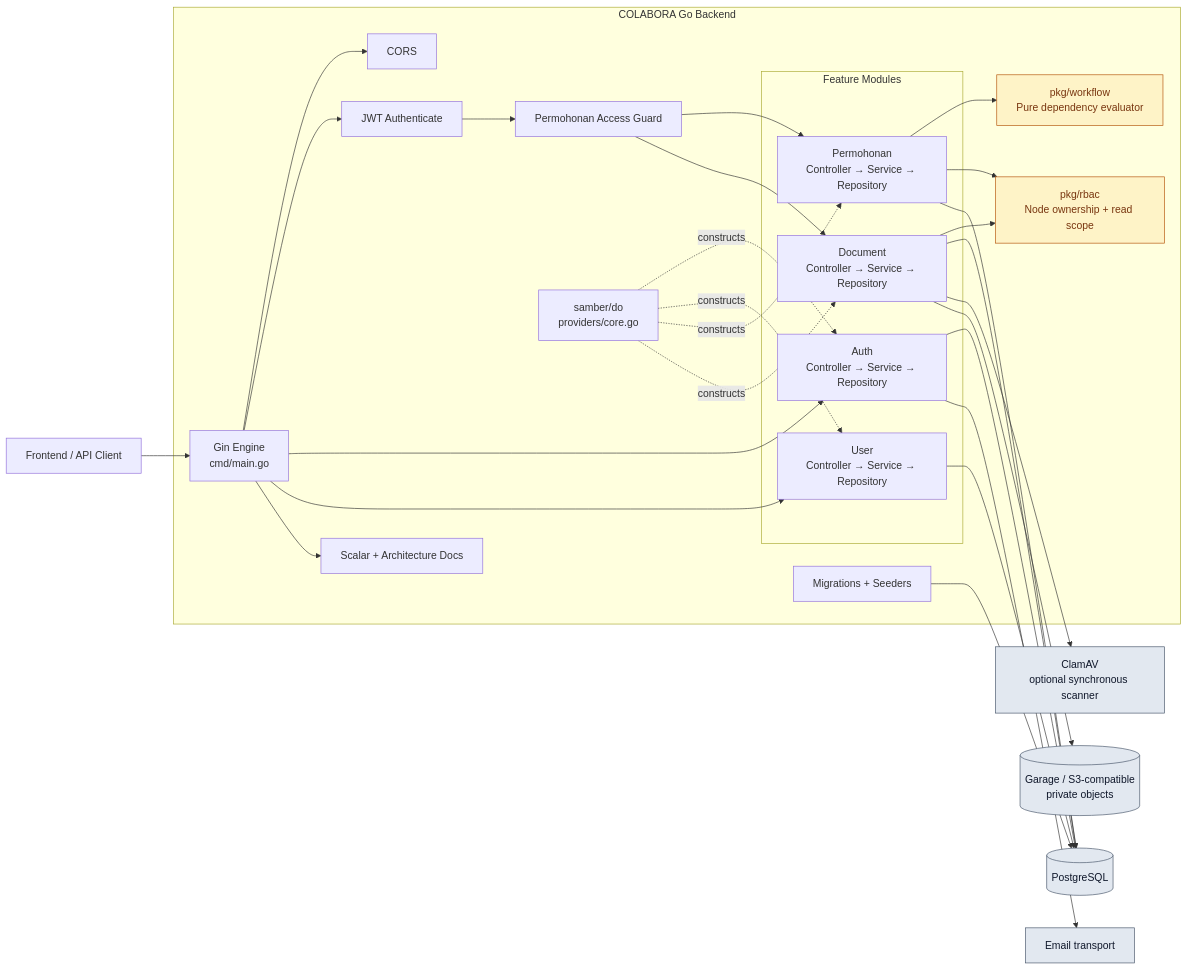
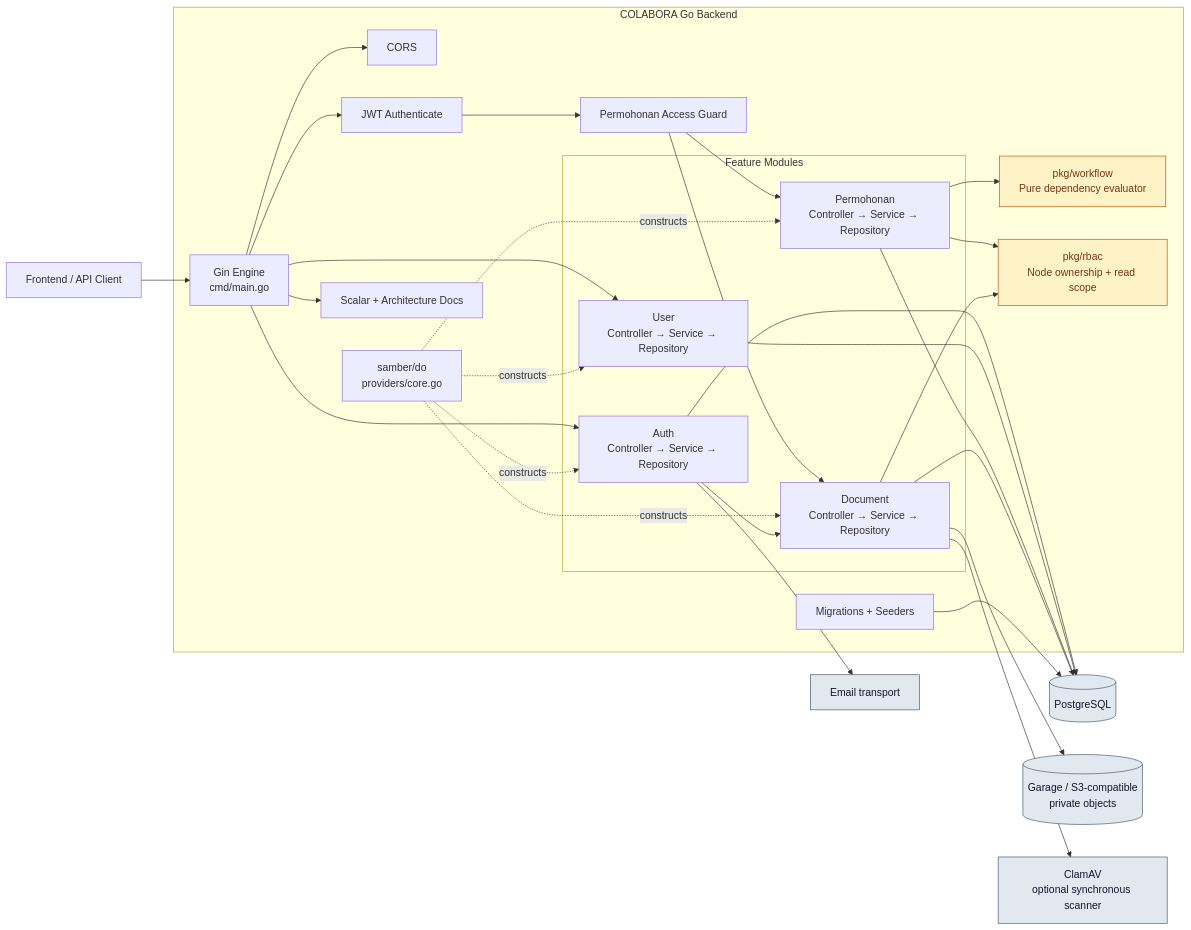
Before and after one commit to pln-colabora/colabora-be: the diagram in docs/architecture/diagrams/07-components.md, drawn with Mermaid. The commit also changed other lines of this file and 24 other files, not shown here.

````diff
--- a/docs/architecture/diagrams/07-components.md
+++ b/docs/architecture/diagrams/07-components.md
@@ -6,58 +6,59 @@
 ```mermaid
 flowchart LR
   client["Frontend / API Client"]
 
   subgraph APP["COLABORA Go Backend"]
     gin["Gin Engine<br/>cmd/main.go"]
     cors["CORS"]
     authmw["JWT Authenticate"]
     access["Permohonan Access Guard"]
 
     subgraph MODULES["Feature Modules"]
       auth["Auth<br/>Controller → Service → Repository"]
       user["User<br/>Controller → Service → Repository"]
       permohonan["Permohonan<br/>Controller → Service → Repository"]
       document["Document<br/>Controller → Service → Repository"]
     end
 
     workflow["pkg/workflow<br/>Pure dependency evaluator"]
     rbac["pkg/rbac<br/>Node ownership + read scope"]
     di["samber/do<br/>providers/core.go"]
     migrations["Migrations + Seeders"]
     docs["Scalar + Architecture Docs"]
   end
 
   postgres[("PostgreSQL")]
   garage[("Garage / S3-compatible<br/>private objects")]
   clamav["ClamAV<br/>optional synchronous scanner"]
   email["Email transport"]
 
   client --> gin
   gin --> cors
   gin --> authmw --> access
   gin --> auth
   gin --> user
   access --> permohonan
   access --> document
   gin --> docs
   di -. constructs .-> auth
   di -. constructs .-> user
   di -. constructs .-> permohonan
   di -. constructs .-> document
   permohonan --> workflow
   permohonan --> rbac
   document --> rbac
   auth --> postgres
+  auth --> document
   user --> postgres
   permohonan --> postgres
   document --> postgres
   migrations --> postgres
   document --> clamav
   document --> garage
   auth --> email
 
   classDef domain fill:#fef3c7,stroke:#b45309,color:#78350f
   classDef infra fill:#e2e8f0,stroke:#475569,color:#0f172a
   class workflow,rbac domain
   class postgres,garage,clamav,email infra
 ```
````
